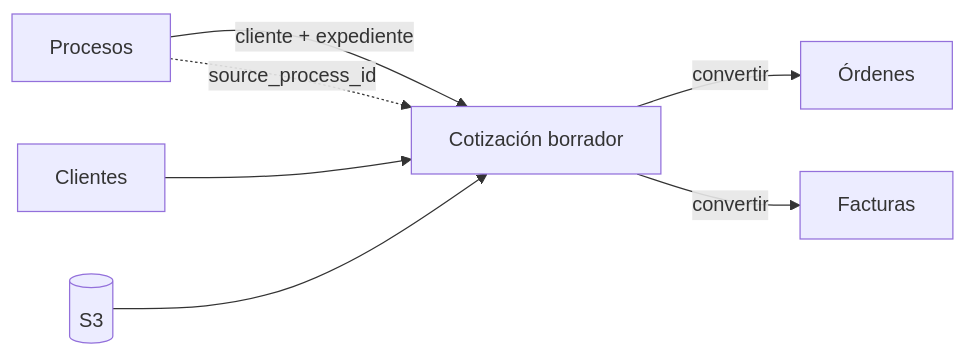
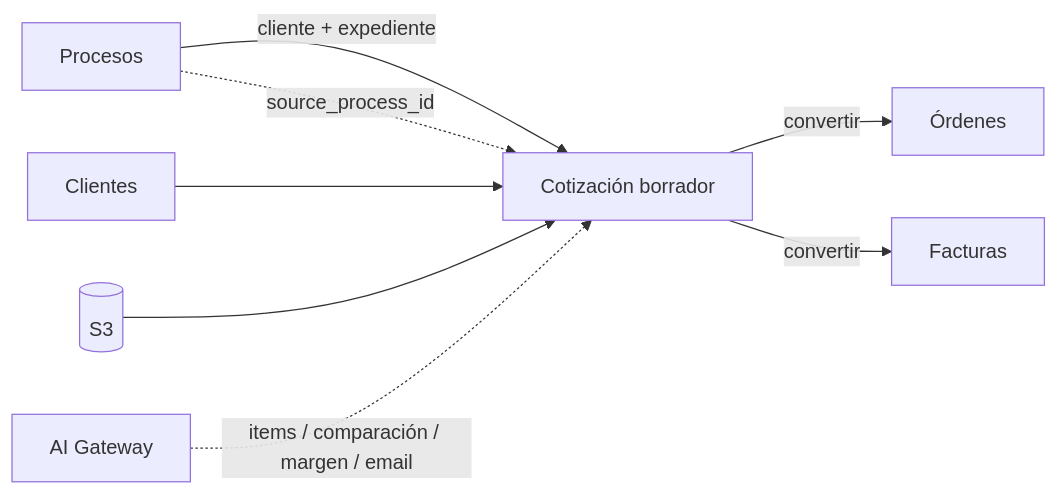
Before and after one commit to Ahcast/Bastion: the diagram in bluehost/backend/app/Modules/Quotes/LINEAMIENTOS.md, drawn with Mermaid. The commit also changed other lines of this file, not shown here.

````diff
--- a/bluehost/backend/app/Modules/Quotes/LINEAMIENTOS.md
+++ b/bluehost/backend/app/Modules/Quotes/LINEAMIENTOS.md
@@ -351,9 +351,10 @@
 ```mermaid
 flowchart LR
     P[Procesos] -->|cliente + expediente| Q[Cotización borrador]
     P -. source_process_id .-> Q
     C[Clientes] --> Q
     Q -->|convertir| O[Órdenes]
     Q -->|convertir| F[Facturas]
     S3[(S3)] --> Q
+    AI[AI Gateway] -. items / comparación / margen / email .-> Q
 ```
````
